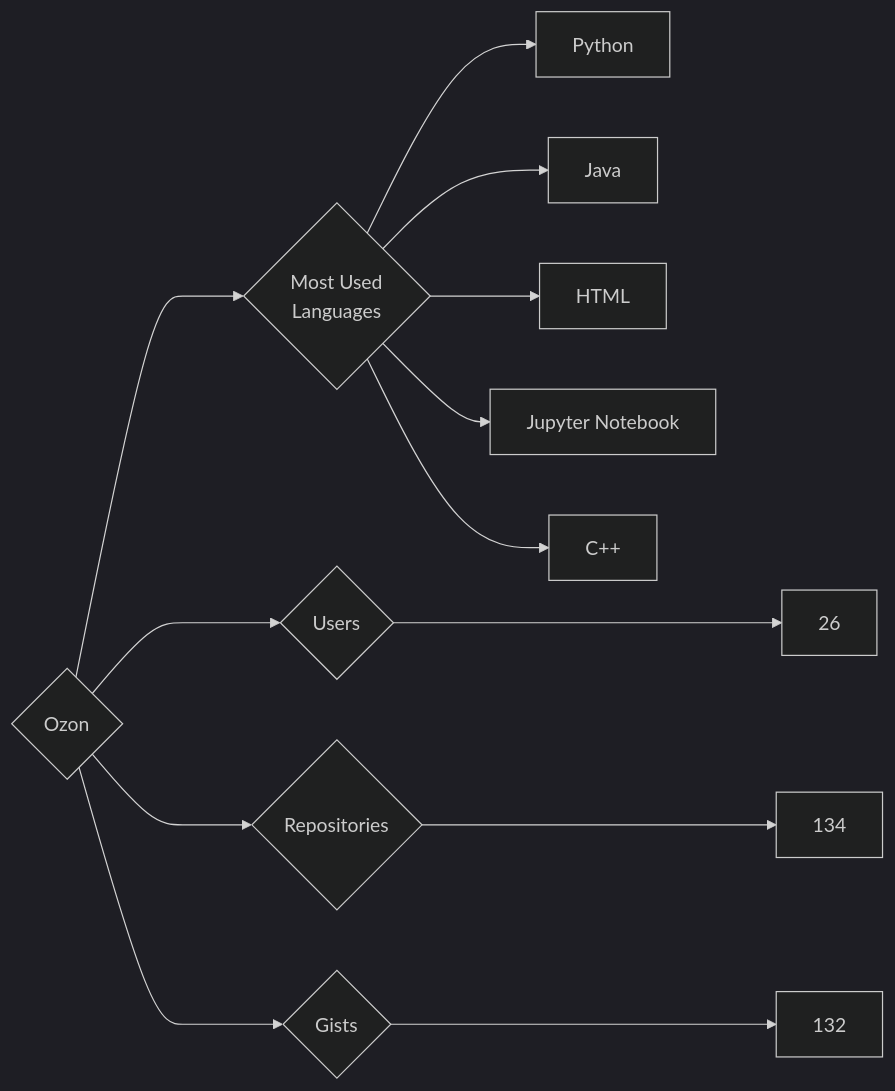
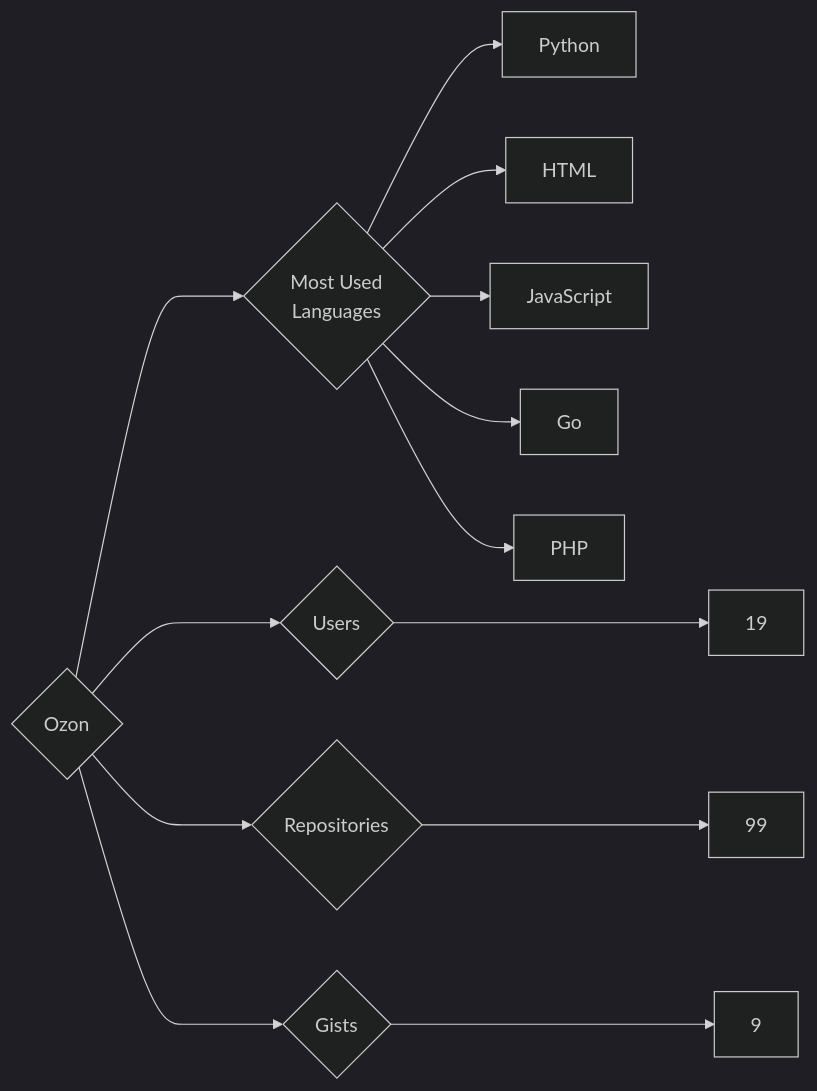
One commit to trickest/insiders changed the diagram in targets/Ozon/README.md. Above: the diagram before and after it, drawn with Mermaid (dark theme). The commit also changed 1011 other files, not shown here.

````diff
--- a/targets/Ozon/README.md
+++ b/targets/Ozon/README.md
@@ -3,13 +3,13 @@
 ```mermaid
 graph LR
 COMPANY_NAME{Ozon}
-COMPANY_NAME ---> U{Users} ---> UN[26]
-COMPANY_NAME ---> R{Repositories} ---> RN[134]
-COMPANY_NAME ---> G{Gists} ---> GN[132]
+COMPANY_NAME ---> U{Users} ---> UN[19]
+COMPANY_NAME ---> R{Repositories} ---> RN[99]
+COMPANY_NAME ---> G{Gists} ---> GN[9]
 COMPANY_NAME ---> ML{Most Used<br>Languages}
 ML --> Python[Python]
-ML --> Java[Java]
 ML --> HTML[HTML]
-ML --> Jupyter_Notebook[Jupyter Notebook]
-ML --> C++[C++]
+ML --> JavaScript[JavaScript]
+ML --> Go[Go]
+ML --> PHP[PHP]
 ```
````
